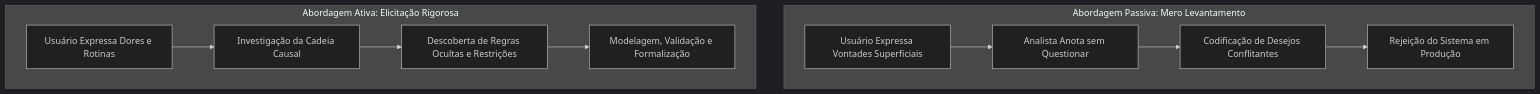
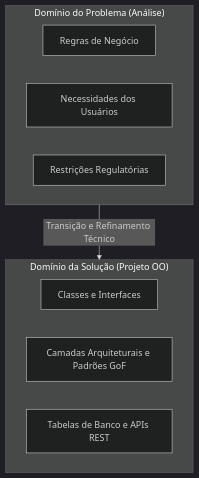
One commit to murilolol/unifef changed the fourth of 25 diagrams in 4º Semestre/[Prof. Wesley Soares] Engenharia de Software II/Resumos-IA/Caderno-Consolidado.md. Above: the diagram before and after it, drawn with Mermaid (dark theme). The commit also changed other lines of this file and 18 other files, not shown here.

````diff
--- a/4º Semestre/[Prof. Wesley Soares] Engenharia de Software II/Resumos-IA/Caderno-Consolidado.md
+++ b/4º Semestre/[Prof. Wesley Soares] Engenharia de Software II/Resumos-IA/Caderno-Consolidado.md
@@ -194,14 +147,16 @@
 ```mermaid
 flowchart TD
-    subgraph Passiva["Abordagem Passiva: Mero Levantamento"]
-        P1["Usuário Expressa Vontades Superficiais"] --> P2["Analista Anota sem Questionar"]
-        P2 --> P3["Codificação de Desejos Conflitantes"]
-        P3 --> P4["Rejeição do Sistema em Produção"]
+    subgraph DominioProblema["Domínio do Problema (Análise)"]
+        A1["Regras de Negócio"]
+        A2["Necessidades dos Usuários"]
+        A3["Restrições Regulatórias"]
     end
 
-    subgraph Ativa["Abordagem Ativa: Elicitação Rigorosa"]
-        A1["Usuário Expressa Dores e Rotinas"] --> A2["Investigação da Cadeia Causal"]
-        A2 --> A3["Descoberta de Regras Ocultas e Restrições"]
-        A3 --> A4["Modelagem, Validação e Formalização"]
+    subgraph DominioSolucao["Domínio da Solução (Projeto OO)"]
+        S1["Classes e Interfaces"]
+        S2["Camadas Arquiteturais e Padrões GoF"]
+        S3["Tabelas de Banco e APIs REST"]
     end
+
+    DominioProblema -->|"Transição e Refinamento Técnico"| DominioSolucao
 ```
````
